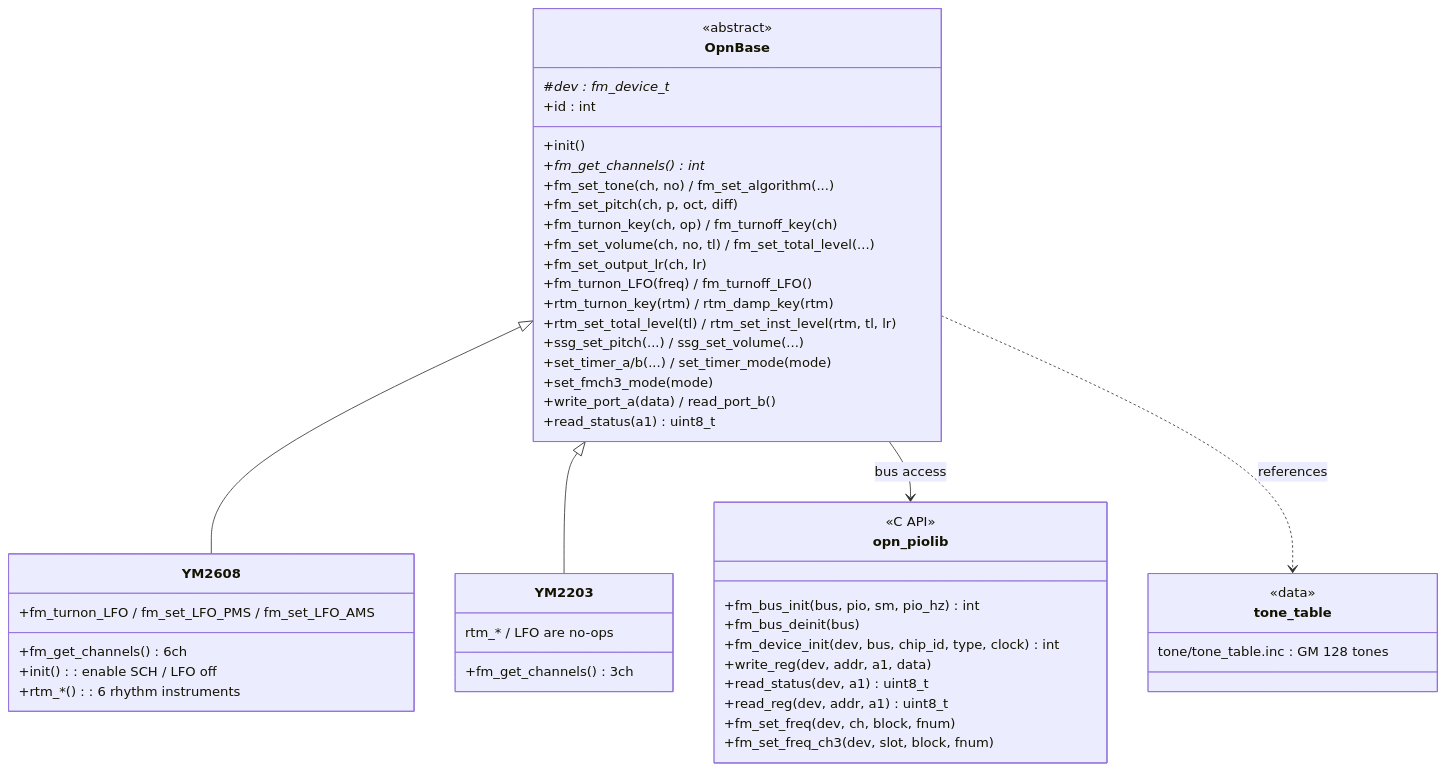
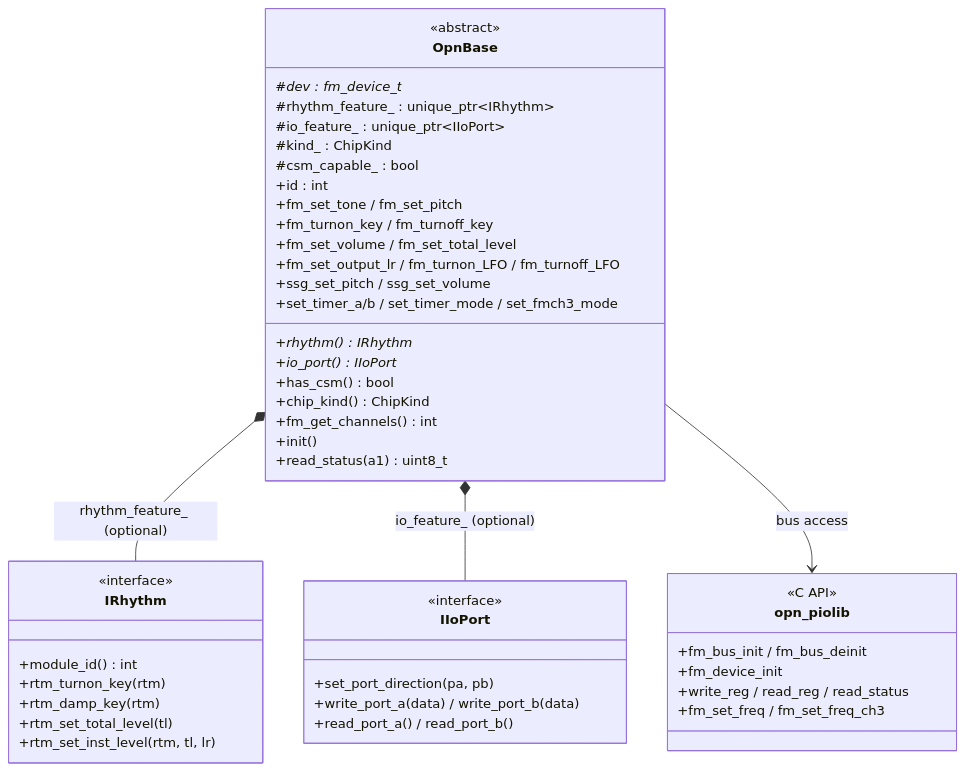
The first of 5 diagrams in doc/domain/domain_drivers.md (46nori/FMSynthEnsembleV3), drawn with Mermaid before and after one commit. The commit also changed other lines of this file and 83 other files, not shown here.

````diff
--- a/doc/domain/domain_drivers.md
+++ b/doc/domain/domain_drivers.md
@@ -7,57 +11,53 @@
 ```mermaid
 classDiagram
     class OpnBase {
         <<abstract>>
         #dev : fm_device_t*
+        #rhythm_feature_ : unique_ptr~IRhythm~
+        #io_feature_ : unique_ptr~IIoPort~
+        #kind_ : ChipKind
+        #csm_capable_ : bool
         +id : int
+        +rhythm() IRhythm*
+        +io_port() IIoPort*
+        +has_csm() bool
+        +chip_kind() ChipKind
+        +fm_get_channels() int
         +init()
-        +fm_get_channels() int*
-        +fm_set_tone(ch, no) / fm_set_algorithm(...)
-        +fm_set_pitch(ch, p, oct, diff)
-        +fm_turnon_key(ch, op) / fm_turnoff_key(ch)
-        +fm_set_volume(ch, no, tl) / fm_set_total_level(...)
-        +fm_set_output_lr(ch, lr)
-        +fm_turnon_LFO(freq) / fm_turnoff_LFO()
-        +rtm_turnon_key(rtm) / rtm_damp_key(rtm)
-        +rtm_set_total_level(tl) / rtm_set_inst_level(rtm, tl, lr)
-        +ssg_set_pitch(...) / ssg_set_volume(...)
-        +set_timer_a/b(...) / set_timer_mode(mode)
-        +set_fmch3_mode(mode)
-        +write_port_a(data) / read_port_b()
+        +fm_set_tone / fm_set_pitch
+        +fm_turnon_key / fm_turnoff_key
+        +fm_set_volume / fm_set_total_level
+        +fm_set_output_lr / fm_turnon_LFO / fm_turnoff_LFO
+        +ssg_set_pitch / ssg_set_volume
+        +set_timer_a/b / set_timer_mode / set_fmch3_mode
         +read_status(a1) uint8_t
     }
 
-    class YM2608 {
-        +fm_get_channels() 6ch
-        +init() : enable SCH / LFO off
-        +rtm_*() : 6 rhythm instruments
-        +fm_turnon_LFO / fm_set_LFO_PMS / fm_set_LFO_AMS
+    class IRhythm {
+        <<interface>>
+        +module_id() int
+        +rtm_turnon_key(rtm)
+        +rtm_damp_key(rtm)
+        +rtm_set_total_level(tl)
+        +rtm_set_inst_level(rtm, tl, lr)
     }
 
-    class YM2203 {
-        +fm_get_channels() 3ch
-        rtm_* / LFO are no-ops
+    class IIoPort {
+        <<interface>>
+        +set_port_direction(pa, pb)
+        +write_port_a(data) / write_port_b(data)
+        +read_port_a() / read_port_b()
     }
 
     class opn_piolib {
         <<C API>>
-        +fm_bus_init(bus, pio, sm, pio_hz) int
-        +fm_bus_deinit(bus)
-        +fm_device_init(dev, bus, chip_id, type, clock) int
-        +write_reg(dev, addr, a1, data)
-        +read_status(dev, a1) uint8_t
-        +read_reg(dev, addr, a1) uint8_t
-        +fm_set_freq(dev, ch, block, fnum)
-        +fm_set_freq_ch3(dev, slot, block, fnum)
+        +fm_bus_init / fm_bus_deinit
+        +fm_device_init
+        +write_reg / read_reg / read_status
+        +fm_set_freq / fm_set_freq_ch3
     }
 
-    class tone_table {
-        <<data>>
-        tone/tone_table.inc : GM 128 tones
-    }
-
-    OpnBase <|-- YM2608
-    OpnBase <|-- YM2203
+    OpnBase *-- IRhythm : rhythm_feature_ (optional)
+    OpnBase *-- IIoPort : io_feature_ (optional)
     OpnBase --> opn_piolib : bus access
-    OpnBase ..> tone_table : references
 ```
````
